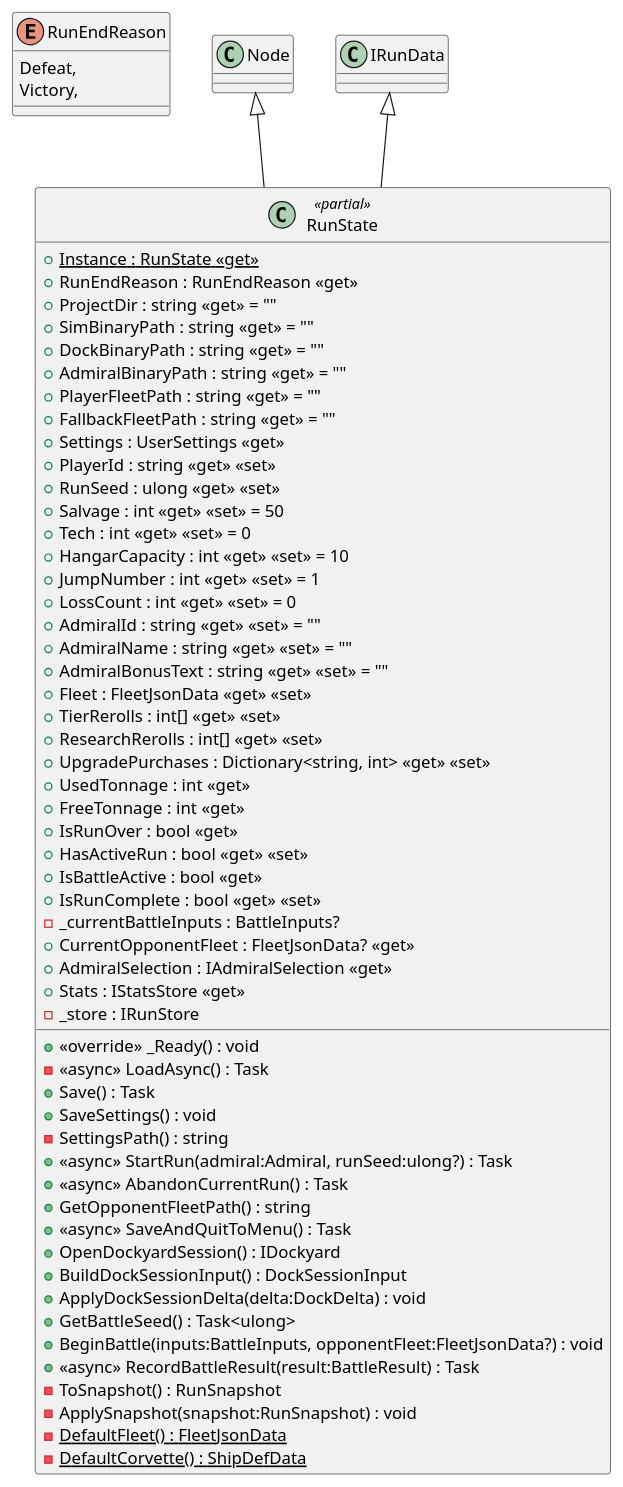
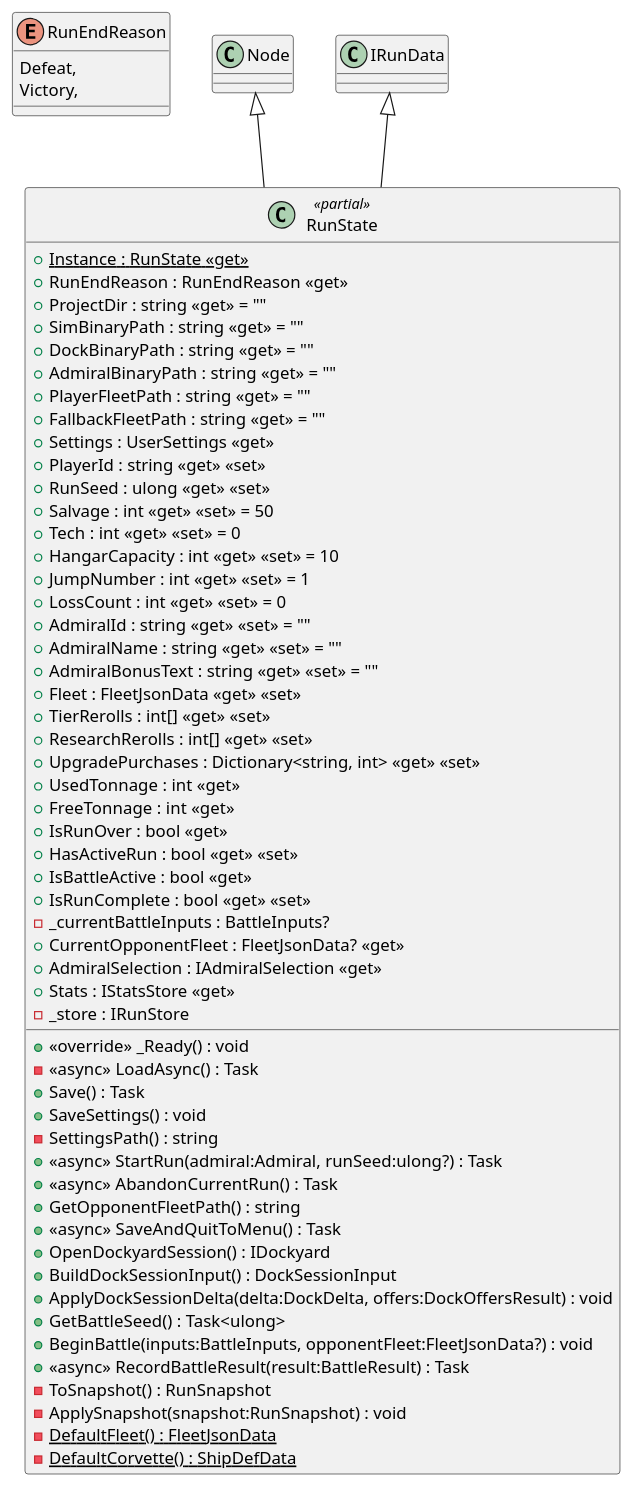
The diagram in diagrams/csharp/client/src/meta/RunState.puml (Tai-trinh/skock), drawn with PlantUML before and after one commit. The commit also changed 12 other files, not shown here.

```diff
--- a/diagrams/csharp/client/src/meta/RunState.puml
+++ b/diagrams/csharp/client/src/meta/RunState.puml
@@ -1,63 +1,63 @@
 @startuml
 enum RunEndReason {
     Defeat,
     Victory,
 }
 class RunState <<partial>> {
     + {static} Instance : RunState <<get>>
     + RunEndReason : RunEndReason <<get>>
     + ProjectDir : string <<get>> = ""
     + SimBinaryPath : string <<get>> = ""
     + DockBinaryPath : string <<get>> = ""
     + AdmiralBinaryPath : string <<get>> = ""
     + PlayerFleetPath : string <<get>> = ""
     + FallbackFleetPath : string <<get>> = ""
     + Settings : UserSettings <<get>>
     + PlayerId : string <<get>> <<set>>
     + RunSeed : ulong <<get>> <<set>>
     + Salvage : int <<get>> <<set>> = 50
     + Tech : int <<get>> <<set>> = 0
     + HangarCapacity : int <<get>> <<set>> = 10
     + JumpNumber : int <<get>> <<set>> = 1
     + LossCount : int <<get>> <<set>> = 0
     + AdmiralId : string <<get>> <<set>> = ""
     + AdmiralName : string <<get>> <<set>> = ""
     + AdmiralBonusText : string <<get>> <<set>> = ""
     + Fleet : FleetJsonData <<get>> <<set>>
     + TierRerolls : int[] <<get>> <<set>>
     + ResearchRerolls : int[] <<get>> <<set>>
     + UpgradePurchases : Dictionary<string, int> <<get>> <<set>>
     + UsedTonnage : int <<get>>
     + FreeTonnage : int <<get>>
     + IsRunOver : bool <<get>>
     + HasActiveRun : bool <<get>> <<set>>
     + IsBattleActive : bool <<get>>
     + IsRunComplete : bool <<get>> <<set>>
     - _currentBattleInputs : BattleInputs?
     + CurrentOpponentFleet : FleetJsonData? <<get>>
     + AdmiralSelection : IAdmiralSelection <<get>>
     + Stats : IStatsStore <<get>>
     - _store : IRunStore
     + <<override>> _Ready() : void
     - <<async>> LoadAsync() : Task
     + Save() : Task
     + SaveSettings() : void
     - SettingsPath() : string
     + <<async>> StartRun(admiral:Admiral, runSeed:ulong?) : Task
     + <<async>> AbandonCurrentRun() : Task
     + GetOpponentFleetPath() : string
     + <<async>> SaveAndQuitToMenu() : Task
     + OpenDockyardSession() : IDockyard
     + BuildDockSessionInput() : DockSessionInput
-    + ApplyDockSessionDelta(delta:DockDelta) : void
+    + ApplyDockSessionDelta(delta:DockDelta, offers:DockOffersResult) : void
     + GetBattleSeed() : Task<ulong>
     + BeginBattle(inputs:BattleInputs, opponentFleet:FleetJsonData?) : void
     + <<async>> RecordBattleResult(result:BattleResult) : Task
     - ToSnapshot() : RunSnapshot
     - ApplySnapshot(snapshot:RunSnapshot) : void
     - {static} DefaultFleet() : FleetJsonData
     - {static} DefaultCorvette() : ShipDefData
 }
 Node <|-- RunState
 IRunData <|-- RunState
 @enduml
```
